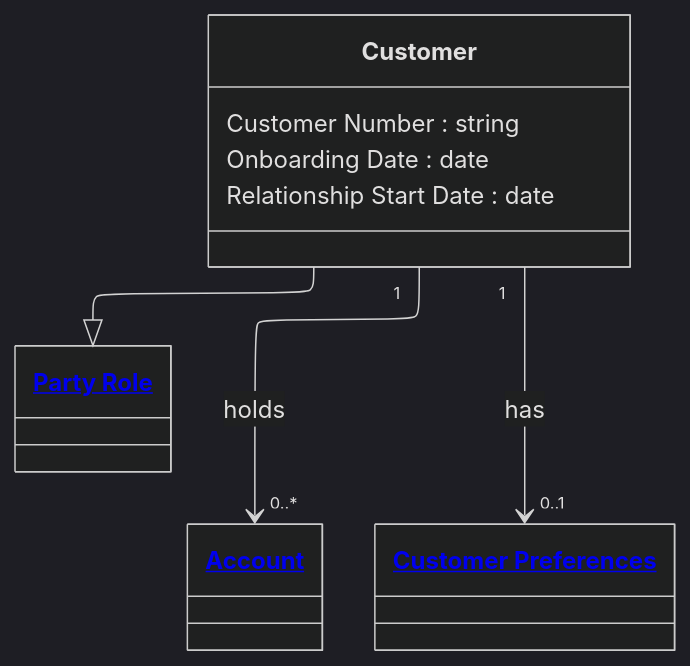
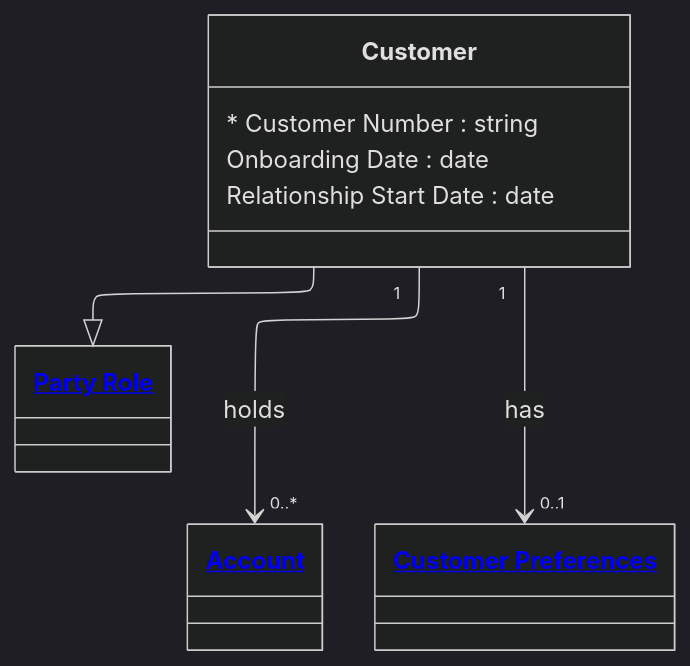
One commit to Semprini/md-ddl changed the diagram in examples/Financial Crime/entities/customer.md. Above: the diagram before and after it, drawn with Mermaid (dark theme). The commit also changed 60 other files, not shown here.

````diff
--- a/examples/Financial Crime/entities/customer.md
+++ b/examples/Financial Crime/entities/customer.md
@@ -9,20 +9,20 @@
 ```mermaid
 ---
 config:
   layout: elk
 ---
 classDiagram
   class Customer{
-    Customer Number : string
+    * Customer Number : string
     Onboarding Date : date
     Relationship Start Date : date
   }
 
   Customer --|> PartyRole
   Customer "1" --> "0..*" Account : holds
   Customer "1" --> "0..1" CustomerPreferences : has
 
   class PartyRole["<a href='party_role.md'>Party Role</a>"]
   class Account["<a href='account.md'>Account</a>"]
   class CustomerPreferences["<a href='customer-preferences.md'>Customer Preferences</a>"]
 ```
````
